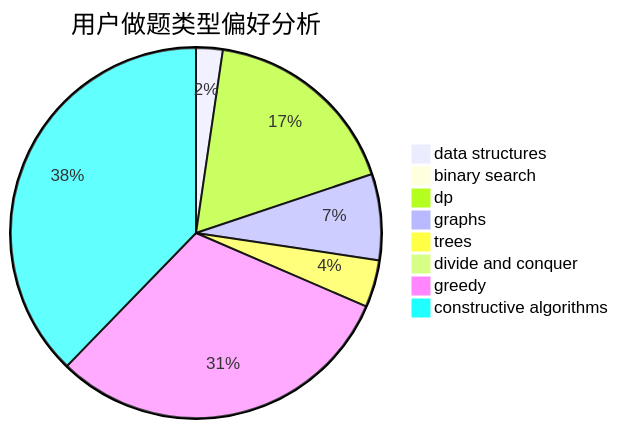
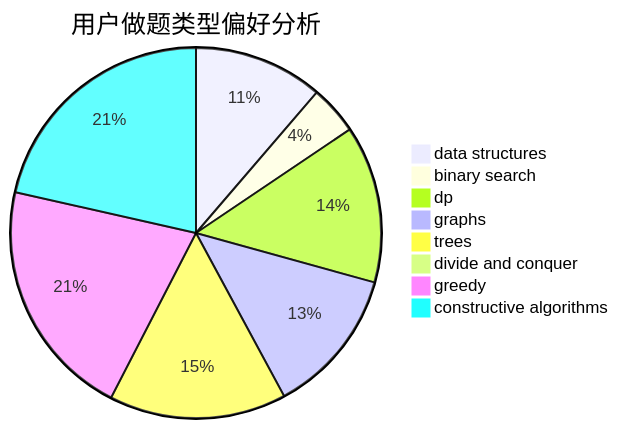
One commit to sherpahu/cfrs.github.io changed the second of 3 diagrams in docs/user/u2465.md. Above: the diagram before and after it, drawn with Mermaid. The commit also changed other lines of this file and 2770 other files, not shown here.

````diff
--- a/docs/user/u2465.md
+++ b/docs/user/u2465.md
@@ -23,11 +23,11 @@
 ```mermaid
 pie title 用户做题类型偏好分析
-    "data structures" :  13
-    "binary search" :  2
-    "dp" :  98
-    "graphs" :  42
-    "trees" :  23
-    "divide and conquer" :  0
-    "greedy" :  172
+    "data structures" :  111
+    "binary search" :  42
+    "dp" :  135
+    "graphs" :  126
+    "trees" :  152
+    "divide and conquer" :  3
+    "greedy" :  206
     "constructive algorithms" :  211
 ```
````
